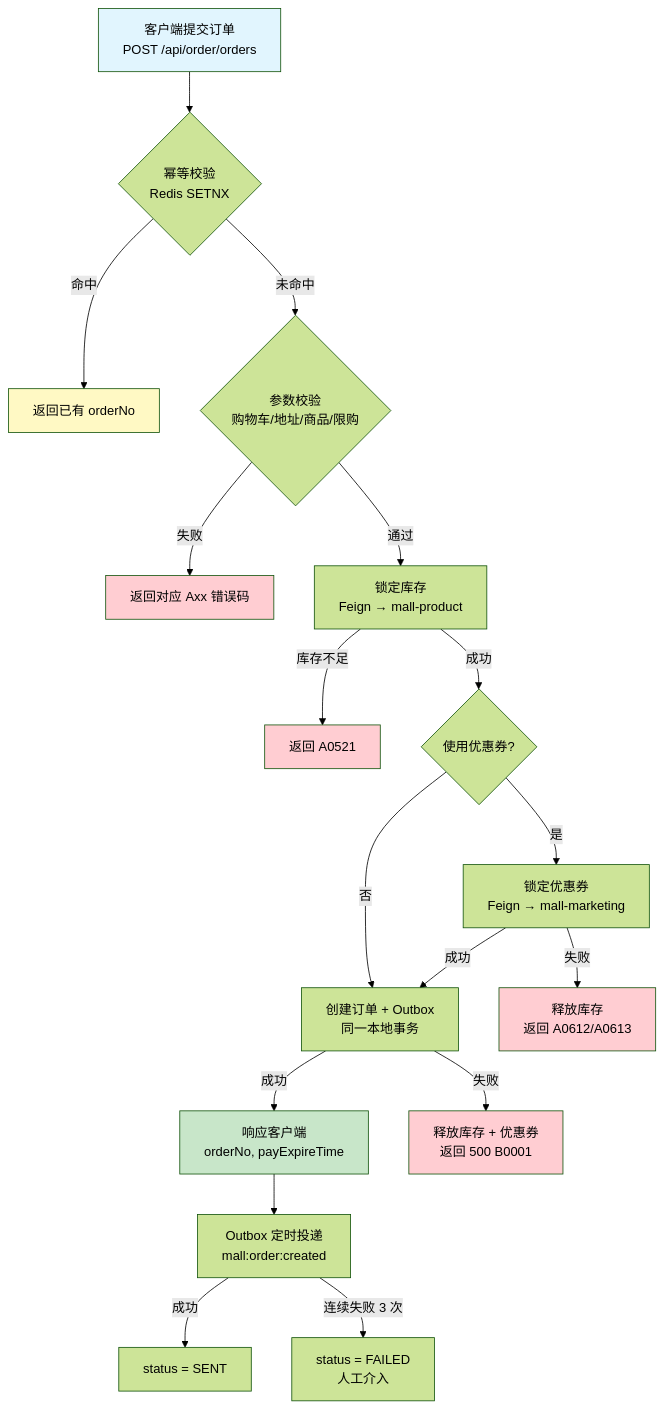
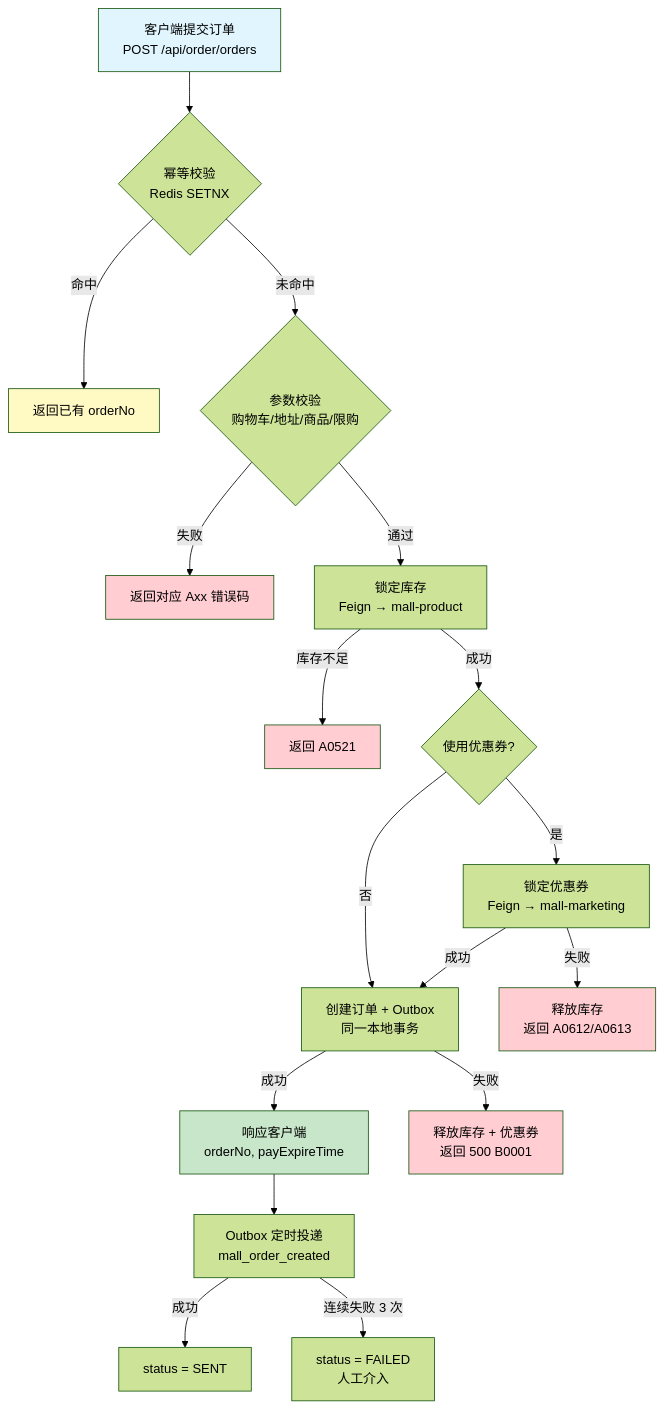
Before and after one commit to 1016297824/JH-Mall: the first of 12 diagrams in docs/design/03_05_系统详细设计-核心业务详细流程.md, drawn with Mermaid (forest theme). The commit also changed other lines of this file and 20 other files, not shown here.

````diff
--- a/docs/design/03_05_系统详细设计-核心业务详细流程.md
+++ b/docs/design/03_05_系统详细设计-核心业务详细流程.md
@@ -25,27 +25,27 @@
 ```mermaid
 graph TD
     A["客户端提交订单<br/>POST /api/order/orders"] --> B{"幂等校验<br/>Redis SETNX"}
     B -->|"命中"| C["返回已有 orderNo"]
     B -->|"未命中"| D{"参数校验 <br/> 购物车/地址/商品/限购"}
     D -->|"失败"| E["返回对应 Axx 错误码"]
     D -->|"通过"| F["锁定库存 <br/> Feign → mall-product"]
     F -->|"库存不足"| G["返回 A0521"]
     F -->|"成功"| H{"使用优惠券?"}
     H -->|"否"| J["创建订单 + Outbox <br/> 同一本地事务"]
     H -->|"是"| I["锁定优惠券 <br/> Feign → mall-marketing"]
     I -->|"失败"| K["释放库存 <br/> 返回 A0612/A0613"]
     I -->|"成功"| J
     J -->|"成功"| L["响应客户端 <br/> orderNo, payExpireTime"]
     J -->|"失败"| M["释放库存 + 优惠券 <br/> 返回 500 B0001"]
-    L --> N["Outbox 定时投递 <br/> mall:order:created"]
+    L --> N["Outbox 定时投递 <br/> mall_order_created"]
     N -->|"成功"| O["status = SENT"]
     N -->|"连续失败 3 次"| P["status = FAILED <br/> 人工介入"]
 
     style A fill:#e1f5fe
     style L fill:#c8e6c9
     style C fill:#fff9c4
     style G fill:#ffcdd2
     style E fill:#ffcdd2
     style K fill:#ffcdd2
     style M fill:#ffcdd2
 ```
````
